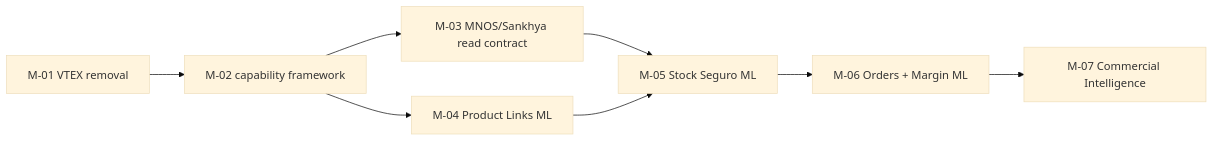
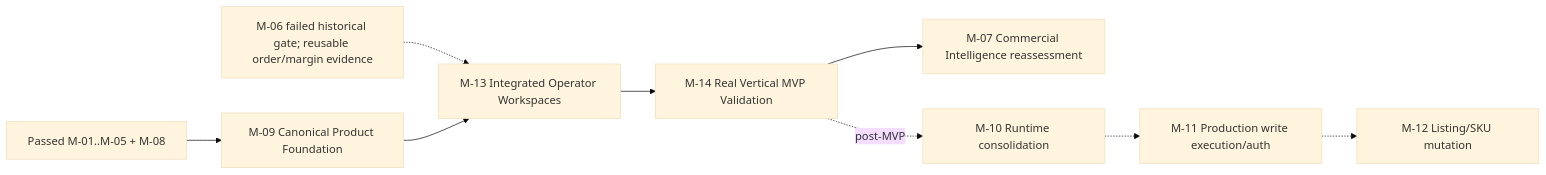
Before and after one commit to developmentconexus-ops/marketplace-central: the fourth of 4 diagrams in .mnfs/MIS-001-mercado-livre-operating-cockpit/architecture-map.md, drawn with Mermaid (base theme). The commit also changed other lines of this file and 26 other files, not shown here.

Commit message:
docs(mnfs): ready MVP roadmap

````diff
--- a/.mnfs/MIS-001-mercado-livre-operating-cockpit/architecture-map.md
+++ b/.mnfs/MIS-001-mercado-livre-operating-cockpit/architecture-map.md
@@ -84,10 +72,11 @@
 ```mermaid
 graph LR
-  M01["M-01 VTEX removal"] --> M02["M-02 capability framework"]
-  M02 --> M03["M-03 MNOS/Sankhya read contract"]
-  M02 --> M04["M-04 Product Links ML"]
-  M03 --> M05["M-05 Stock Seguro ML"]
-  M04 --> M05
-  M05 --> M06["M-06 Orders + Margin ML"]
-  M06 --> M07["M-07 Commercial Intelligence"]
+  accepted["Passed M-01..M-05 + M-08"] --> M09["M-09 Canonical Product Foundation"]
+  M06["M-06 failed historical gate; reusable order/margin evidence"] -.-> M13
+  M09 --> M13["M-13 Integrated Operator Workspaces"]
+  M13 --> M14["M-14 Real Vertical MVP Validation"]
+  M14 --> M07["M-07 Commercial Intelligence reassessment"]
+  M14 -. "post-MVP" .-> M10["M-10 Runtime consolidation"]
+  M10 -.-> M11["M-11 Production write execution/auth"]
+  M11 -.-> M12["M-12 Listing/SKU mutation"]
 ```
````
